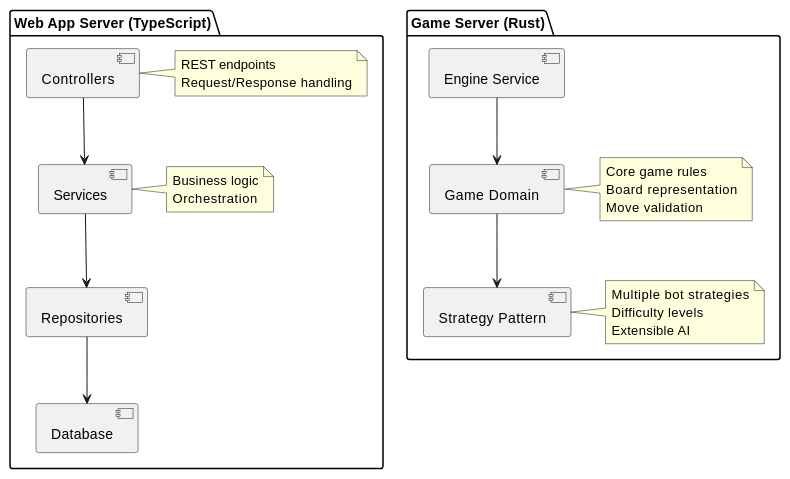
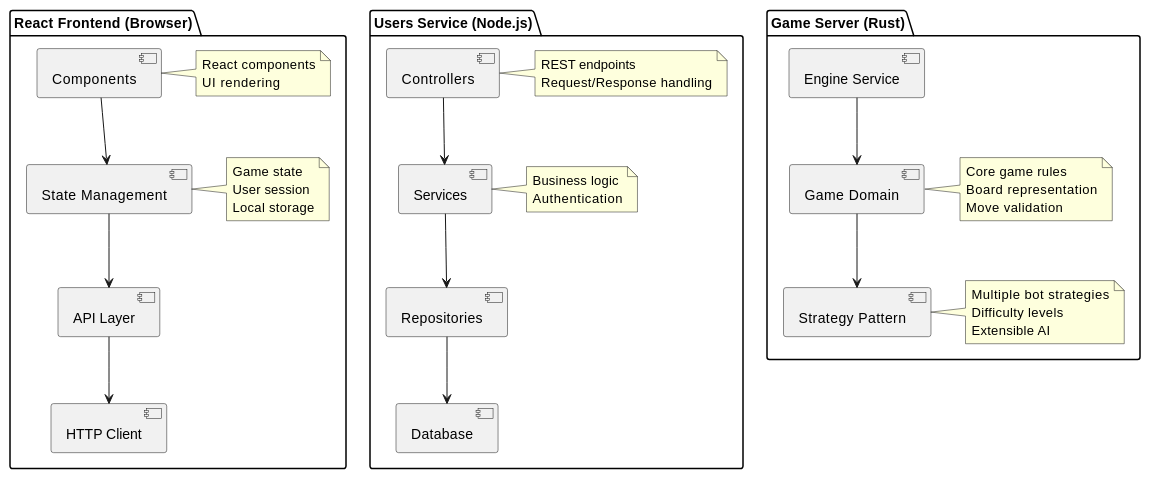
One commit to Arquisoft/yovi_es1c changed the second of 2 diagrams in docs/src/04_solution_strategy.adoc. Above: the diagram before and after it, drawn with PlantUML. The commit also changed other lines of this file and 9 other files, not shown here.

```diff
--- a/docs/src/04_solution_strategy.adoc
+++ b/docs/src/04_solution_strategy.adoc
@@ -98,38 +131,56 @@
 [plantuml, layered-architecture, png]
 ----
 @startuml
-package "Web App Server (TypeScript)" {
+
+package "React Frontend (Browser)" {
+  [Components] --> [State Management]
+  [State Management] --> [API Layer]
+  [API Layer] --> [HTTP Client]
+
+  note right of Components
+    React components
+    UI rendering
+  end note
+
+  note right of [State Management]
+    Game state
+    User session
+    Local storage
+  end note
+}
+
+package "Users Service (Node.js)" {
   [Controllers] --> [Services]
   [Services] --> [Repositories]
   [Repositories] --> [Database]
 
   note right of Controllers
     REST endpoints
     Request/Response handling
   end note
 
   note right of Services
     Business logic
-    Orchestration
+    Authentication
   end note
 }
 
 package "Game Server (Rust)" {
   [Engine Service] --> [Game Domain]
   [Game Domain] --> [Strategy Pattern]
 
   note right of [Game Domain]
     Core game rules
     Board representation
     Move validation
   end note
 
   note right of [Strategy Pattern]
     Multiple bot strategies
     Difficulty levels
     Extensible AI
   end note
 }
 
 @enduml
 ----
```
